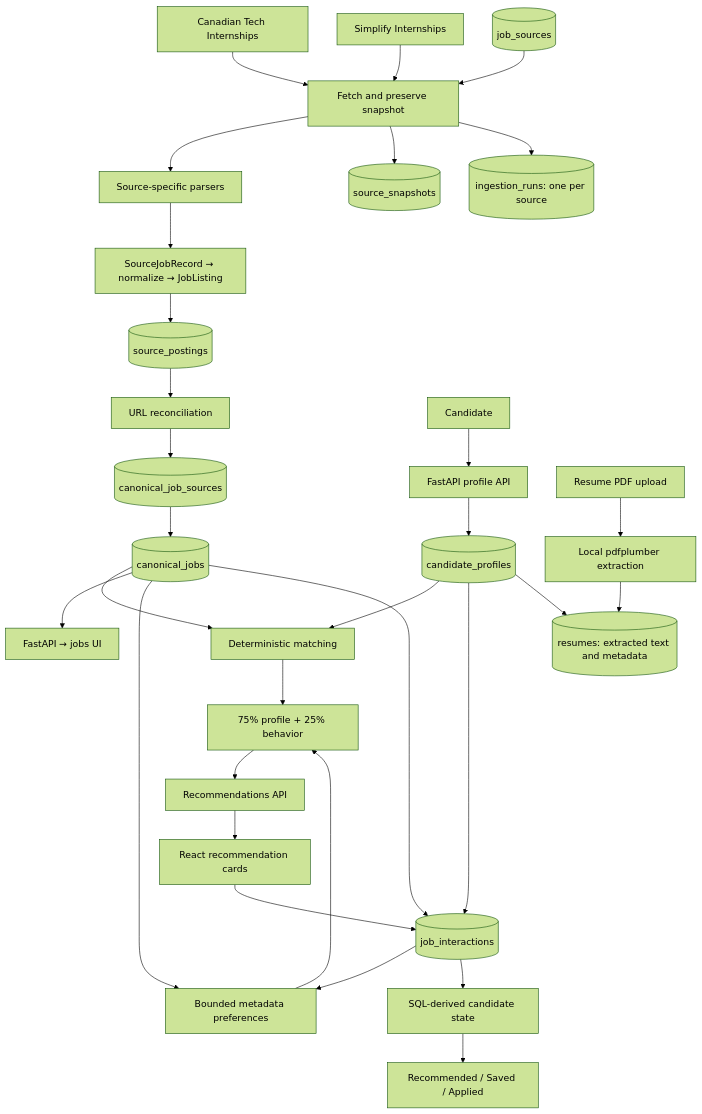
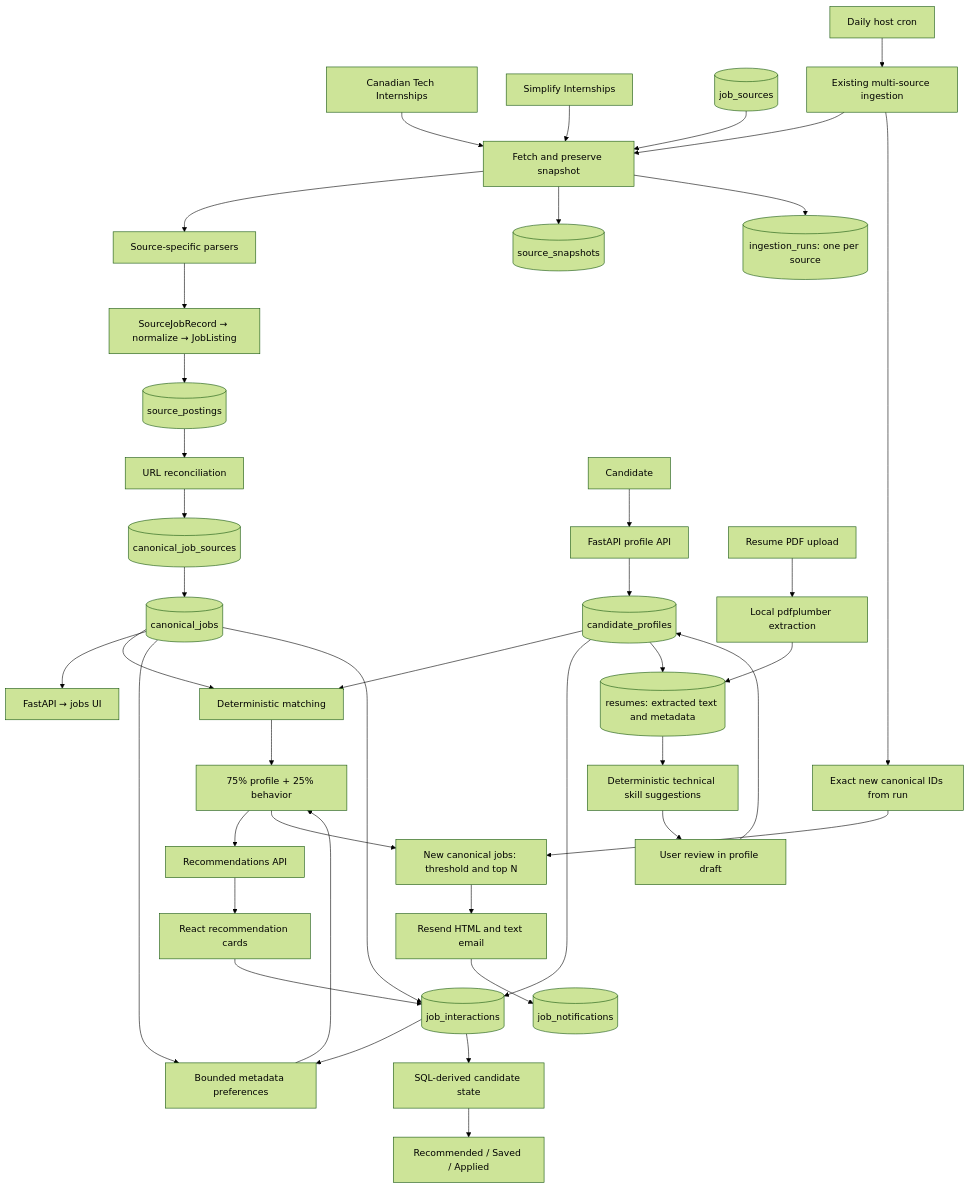
One commit to aymaanalamgir/internshipfeed changed the diagram in README.md. Above: the diagram before and after it, drawn with Mermaid (forest theme). The commit also changed other lines of this file and 37 other files, not shown here.

````diff
--- a/README.md
+++ b/README.md
@@ -7,33 +7,43 @@
 ```mermaid
 flowchart TD
     A[Canadian Tech Internships] --> F[Fetch and preserve snapshot]
     B[Simplify Internships] --> F
     F --> P[Source-specific parsers]
     P --> N[SourceJobRecord → normalize → JobListing]
     N --> SP[(source_postings)]
     SP --> R[URL reconciliation]
     R --> MAP[(canonical_job_sources)]
     MAP --> C[(canonical_jobs)]
     C --> API[FastAPI → jobs UI]
     F --> SS[(source_snapshots)]
     F --> RUN[(ingestion_runs: one per source)]
     JS[(job_sources)] --> F
     CAND[Candidate] --> PROFILE[FastAPI profile API]
     PROFILE --> CP[(candidate_profiles)]
     CP --> MATCH[Deterministic matching]
     C --> MATCH
     MATCH --> RANK[75% profile + 25% behavior]
     RANK --> RECS[Recommendations API]
     RECS --> CARDS[React recommendation cards]
     CARDS --> E[(job_interactions)]
     E --> BEHAVIOR[Bounded metadata preferences]
     C --> BEHAVIOR
     BEHAVIOR --> RANK
     E --> STATE[SQL-derived candidate state]
     STATE --> VIEWS[Recommended / Saved / Applied]
     CP[(candidate_profiles)] --> E[(job_interactions)]
     C --> E
     CP --> RES[(resumes: extracted text and metadata)]
     PDF[Resume PDF upload] --> EXTRACT[Local pdfplumber extraction]
     EXTRACT --> RES
+    RES --> SKILLS[Deterministic technical skill suggestions]
+    SKILLS --> REVIEW[User review in profile draft]
+    REVIEW --> CP
+    CRON[Daily host cron] --> INGEST[Existing multi-source ingestion]
+    INGEST --> F
+    INGEST --> NEW[Exact new canonical IDs from run]
+    NEW --> DIGEST
+    RANK --> DIGEST[New canonical jobs: threshold and top N]
+    DIGEST --> EMAIL[Resend HTML and text email]
+    EMAIL --> NOTIFICATIONS[(job_notifications)]
 ```
````
